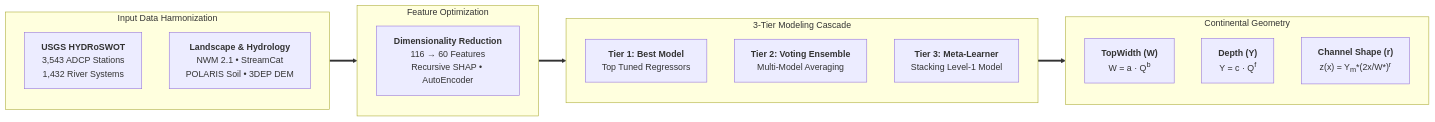
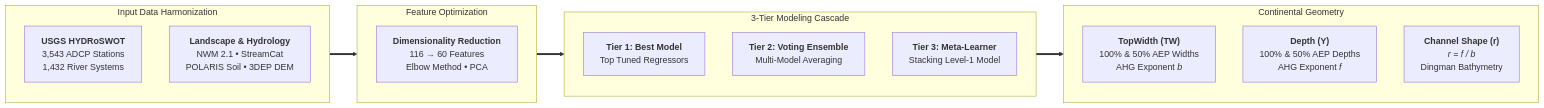
Before and after one commit to arashmodrad/ml_web: the diagram in docs/v1.0/index.md, drawn with Mermaid. The commit also changed other lines of this file and 40 other files, not shown here.

````diff
--- a/docs/v1.0/index.md
+++ b/docs/v1.0/index.md
@@ -18,34 +18,34 @@
 ```mermaid
 flowchart LR
     subgraph IN ["Input Data Harmonization"]
         direction TB
         ADCP["<b>USGS HYDRoSWOT</b><br/>3,543 ADCP Stations<br/>1,432 River Systems"]
         ENV["<b>Landscape & Hydrology</b><br/>NWM 2.1 &bull; StreamCat<br/>POLARIS Soil &bull; 3DEP DEM"]
     end
 
     subgraph FE ["Feature Optimization"]
         direction TB
-        RED["<b>Dimensionality Reduction</b><br/>116 &rarr; 60 Features<br/>Recursive SHAP &bull; AutoEncoder"]
+        RED["<b>Dimensionality Reduction</b><br/>116 &rarr; 60 Features<br/>Elbow Method &bull; PCA"]
     end
 
     subgraph ML ["3-Tier Modeling Cascade"]
         direction TB
         T1["<b>Tier 1: Best Model</b><br/>Top Tuned Regressors"]
         T2["<b>Tier 2: Voting Ensemble</b><br/>Multi-Model Averaging"]
         T3["<b>Tier 3: Meta-Learner</b><br/>Stacking Level-1 Model"]
     end
 
     subgraph OUT ["Continental Geometry"]
         direction TB
-        TW["<b>TopWidth (W)</b><br/>W = a &middot; Q<sup>b</sup>"]
-        DEP["<b>Depth (Y)</b><br/>Y = c &middot; Q<sup>f</sup>"]
-        SHP["<b>Channel Shape (r)</b><br/>z(x) = Y<sub>m</sub>*(2x/W*)<sup>r</sup>"]
+        TW["<b>TopWidth (TW)</b><br/>100% &amp; 50% AEP Widths<br/>AHG Exponent <i>b</i>"]
+        DEP["<b>Depth (Y)</b><br/>100% &amp; 50% AEP Depths<br/>AHG Exponent <i>f</i>"]
+        SHP["<b>Channel Shape (r)</b><br/><i>r = f / b</i><br/>Dingman Bathymetry"]
     end
 
     IN ==> FE ==> ML ==> OUT
 
     class ADCP highlight-blue;
     class ENV highlight-blue;
     class RED highlight-teal;
     class T3 highlight-orange;
 ```
````
